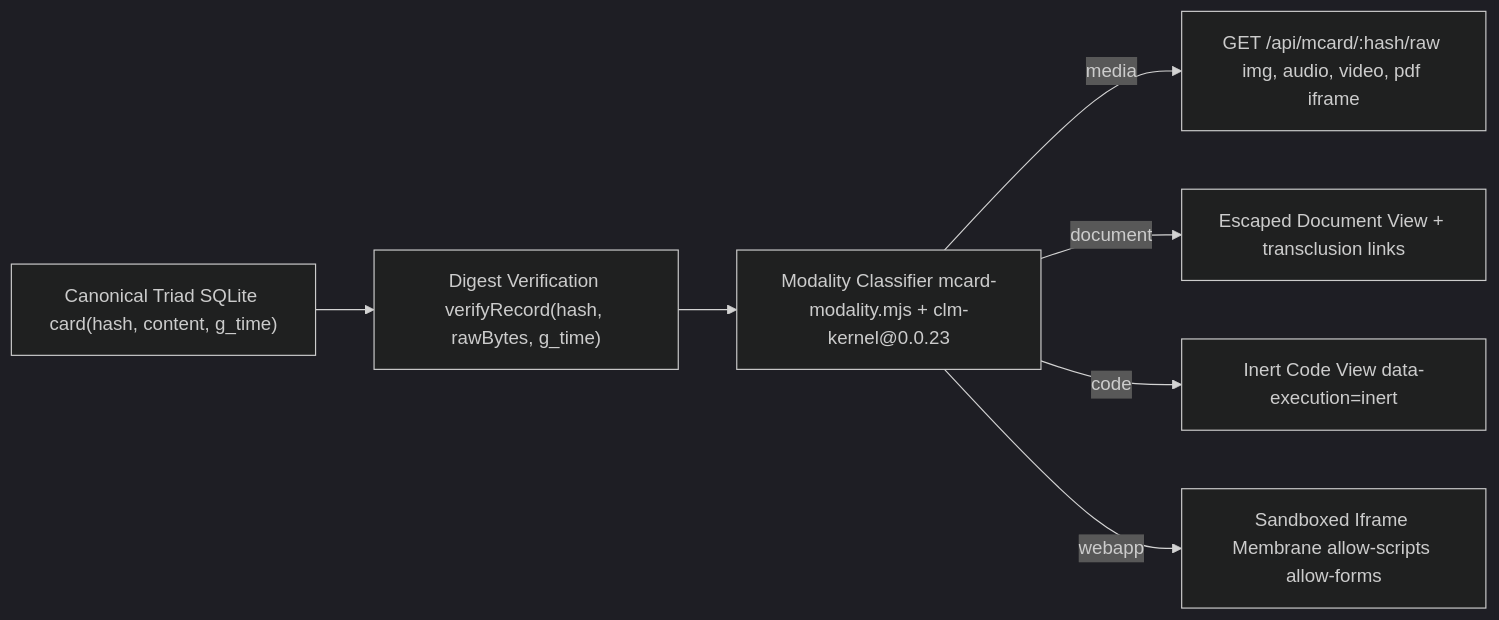
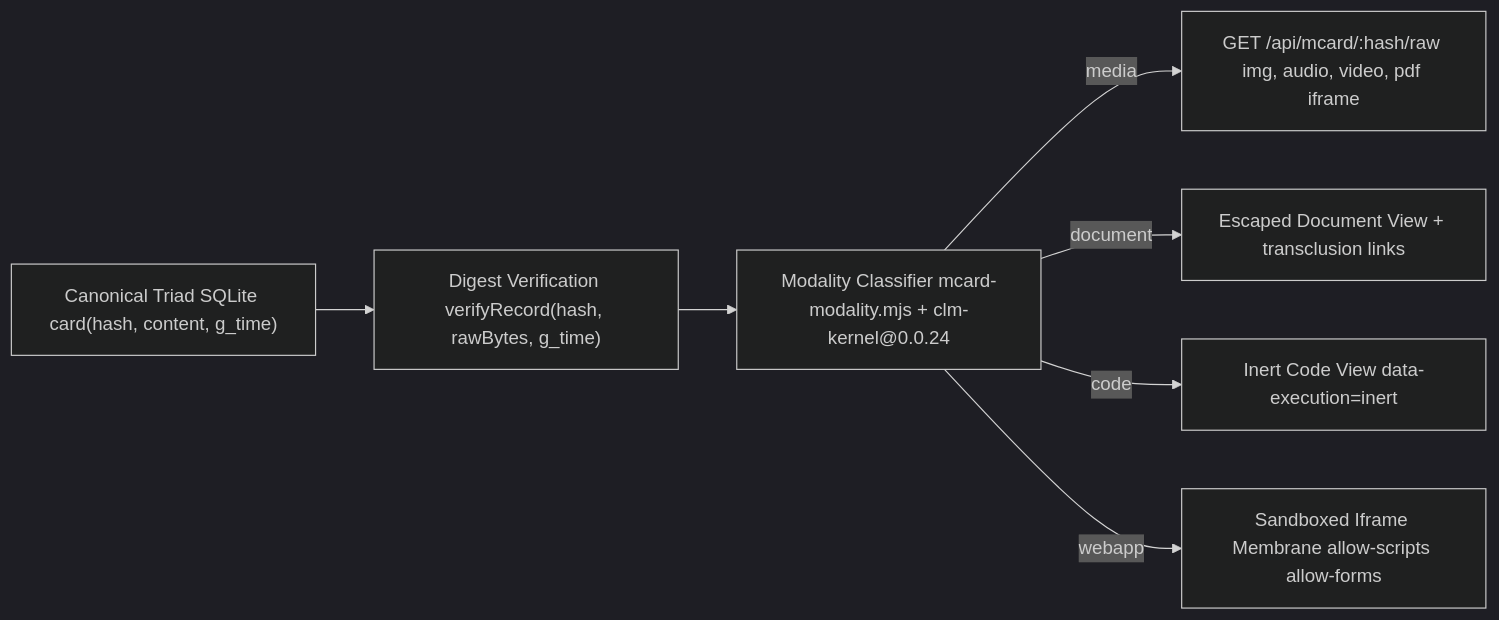
Before and after one commit to xlp0/LandingPage: the diagram in docs/01-architecture/UNIVERSAL_MCARD_BROWSER_ARCHITECTURE.md, drawn with Mermaid (dark theme). The commit also changed other lines of this file and 641 other files, not shown here.

Commit message:
feat(kernel,bpv,ssg): align clm-kernel@0.0.24 (0.0.25 workspace), graduate GQC/BPV, stage Program SSG (StageShow 1.1.1)

````diff
--- a/docs/01-architecture/UNIVERSAL_MCARD_BROWSER_ARCHITECTURE.md
+++ b/docs/01-architecture/UNIVERSAL_MCARD_BROWSER_ARCHITECTURE.md
@@ -36,9 +36,9 @@
 ```mermaid
 flowchart LR
   SQLite["Canonical Triad SQLite card(hash, content, g_time)"] --> Verify["Digest Verification verifyRecord(hash, rawBytes, g_time)"]
-  Verify --> Classify["Modality Classifier mcard-modality.mjs + clm-kernel@0.0.23"]
+  Verify --> Classify["Modality Classifier mcard-modality.mjs + clm-kernel@0.0.24"]
   Classify -->|"media"| MediaOut["GET /api/mcard/:hash/raw img, audio, video, pdf iframe"]
   Classify -->|"document"| DocOut["Escaped Document View + transclusion links"]
   Classify -->|"code"| CodeOut["Inert Code View data-execution=inert"]
   Classify -->|"webapp"| WebappOut["Sandboxed Iframe Membrane allow-scripts allow-forms"]
 ```
````
